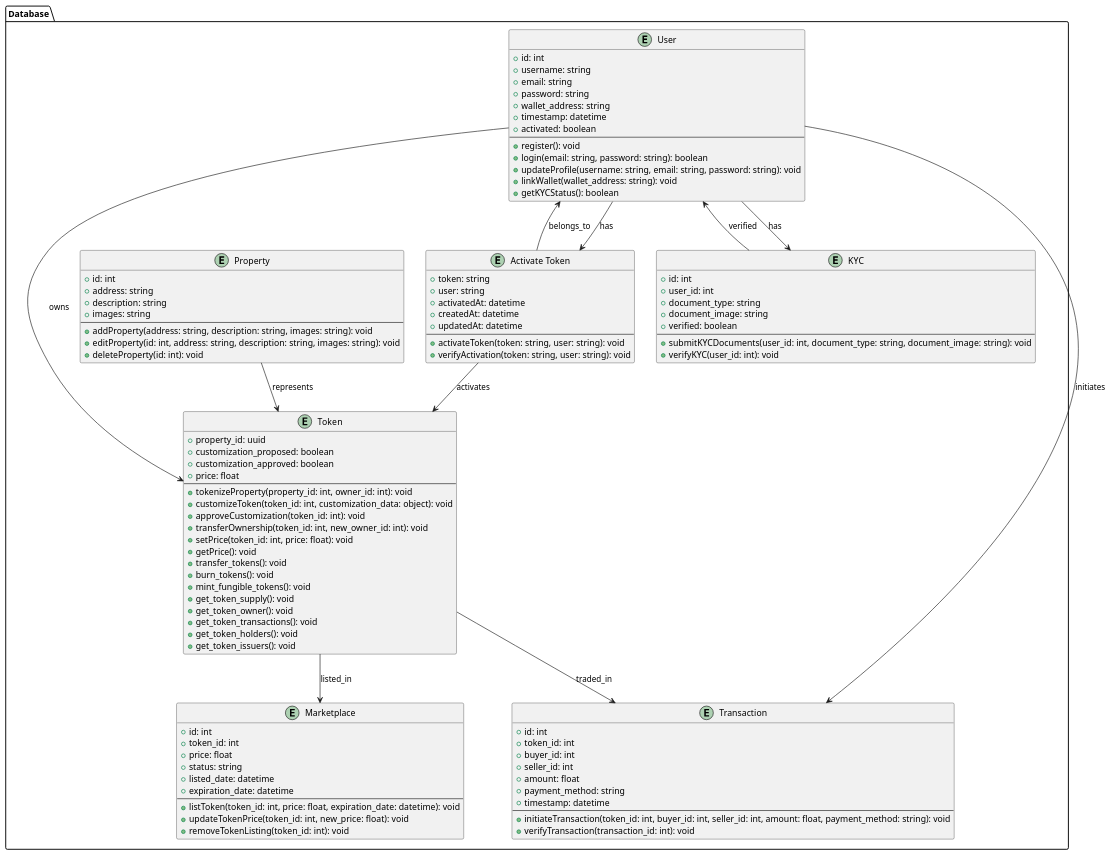
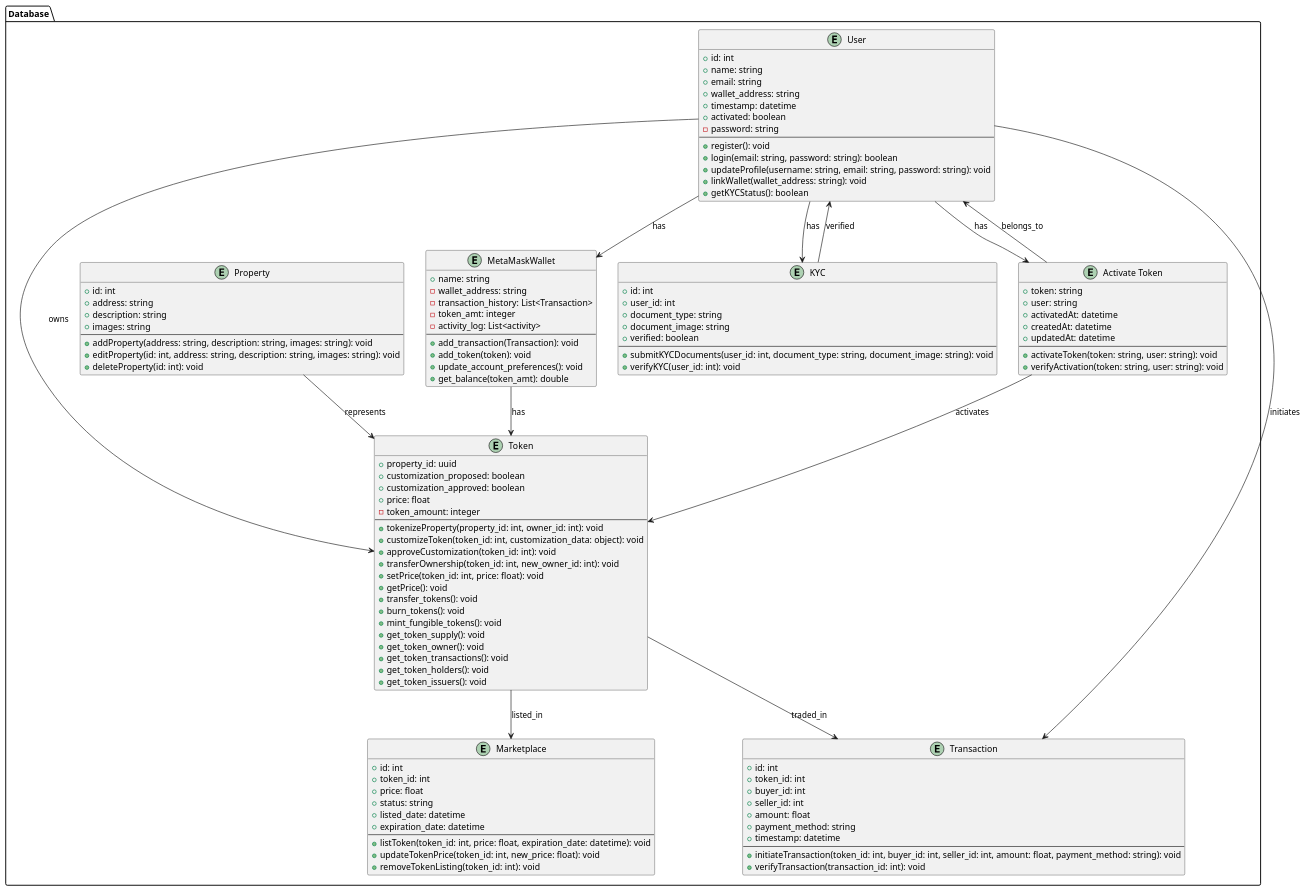
Before and after one commit to reft-natan-m/reft: the diagram in Diagrams/Database_diagram.puml, drawn with PlantUML. The commit also changed 3 other files, not shown here.

Commit message:
Edited the UML diagram to include all the entities

```diff
--- a/Diagrams/Database_diagram.puml
+++ b/Diagrams/Database_diagram.puml
@@ -1,113 +1,141 @@
 @startuml
+/'
+To run this diagram, you can use the following URL:
+http://www.plantuml.com/plantuml/uml/
+
+In VS Code, you can use the PlantUML extension to preview the diagram.
+https://marketplace.visualstudio.com/items?itemName=jebbs.plantuml
+Be sure to set your settings to use the plantuml server to render and add the main uml server link
+
+class diagram guidelines:
+https://plantuml.com/class-diagram
+'/
+
 package "Database" {
   
   entity "User" {
     + id: int
-    + username: string
+    + name: string
     + email: string
-    + password: string
     + wallet_address: string
     + timestamp: datetime
     + activated: boolean
+    - password: string
     --
     + register(): void
     + login(email: string, password: string): boolean
     + updateProfile(username: string, email: string, password: string): void
     + linkWallet(wallet_address: string): void
     + getKYCStatus(): boolean
   }
   
   entity "Property" {
     + id: int
     + address: string
     + description: string
     + images: string
     --
     + addProperty(address: string, description: string, images: string): void
     + editProperty(id: int, address: string, description: string, images: string): void
     + deleteProperty(id: int): void
   }
   
   entity "Token" {
     + property_id: uuid
     + customization_proposed: boolean
     + customization_approved: boolean
     + price: float
+    - token_amount: integer
     --
     + tokenizeProperty(property_id: int, owner_id: int): void
     + customizeToken(token_id: int, customization_data: object): void
     + approveCustomization(token_id: int): void
     + transferOwnership(token_id: int, new_owner_id: int): void
     + setPrice(token_id: int, price: float): void
     + getPrice(): void
     + transfer_tokens(): void
     + burn_tokens(): void
     + mint_fungible_tokens(): void
     + get_token_supply(): void
     + get_token_owner(): void
     + get_token_transactions(): void
     + get_token_holders(): void
     + get_token_issuers(): void
   }
   
   entity "Transaction" {
     + id: int
     + token_id: int
     + buyer_id: int
     + seller_id: int
     + amount: float
     + payment_method: string
     + timestamp: datetime
     --
     + initiateTransaction(token_id: int, buyer_id: int, seller_id: int, amount: float, payment_method: string): void
     + verifyTransaction(transaction_id: int): void
   }
   
   entity "KYC" {
     + id: int
     + user_id: int
     + document_type: string
     + document_image: string
     + verified: boolean
     --
     + submitKYCDocuments(user_id: int, document_type: string, document_image: string): void
     + verifyKYC(user_id: int): void
   }
   
   entity "Marketplace" {
     + id: int
     + token_id: int
     + price: float
     + status: string
     + listed_date: datetime
     + expiration_date: datetime
     --
     + listToken(token_id: int, price: float, expiration_date: datetime): void
     + updateTokenPrice(token_id: int, new_price: float): void
     + removeTokenListing(token_id: int): void
   }
   
   entity "Activate Token" {
     + token: string
     + user: string
     + activatedAt: datetime
     + createdAt: datetime
     + updatedAt: datetime
     --
     + activateToken(token: string, user: string): void
     + verifyActivation(token: string, user: string): void
   }
+
+  entity "MetaMaskWallet" {
+     + name: string
+     - wallet_address: string
+     - transaction_history: List<Transaction>
+     - token_amt: integer
+     - activity_log: List<activity>
+     --
+     + add_transaction(Transaction): void
+     + add_token(token): void
+     + update_account_preferences(): void
+     + get_balance(token_amt): double
+  }
   
   User --> Token : owns
+  User --> MetaMaskWallet : has
+  MetaMaskWallet --> Token : has
   Property --> Token : represents
   User --> KYC : has
   KYC --> User : verified
   User --> Transaction : initiates
   Token --> Marketplace : listed_in
   Token --> Transaction : traded_in
   "Activate Token"--> Token : activates
   "Activate Token" --> User : belongs_to
   User --> "Activate Token" : has
 
 }
 @enduml
```
